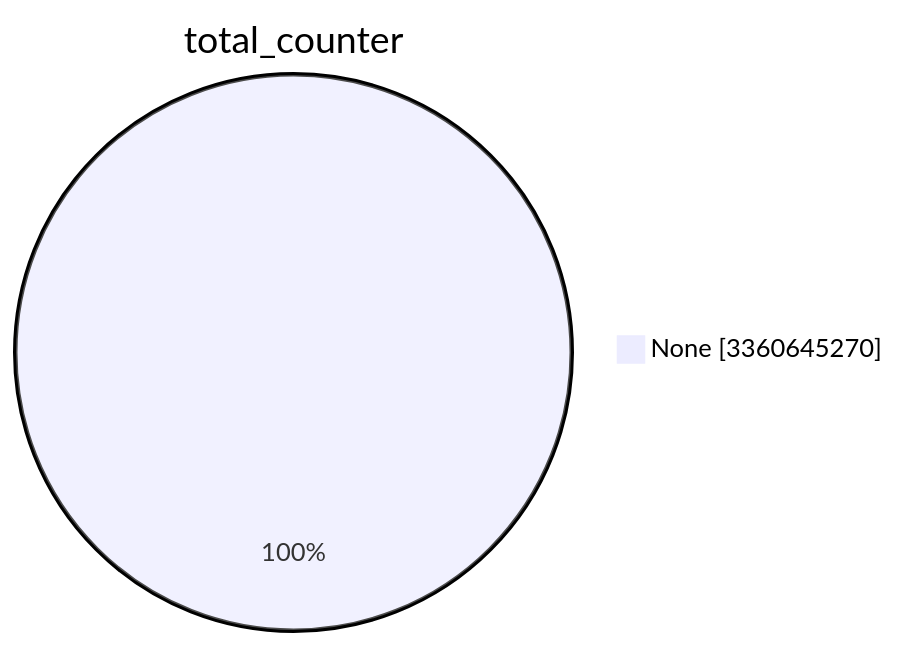
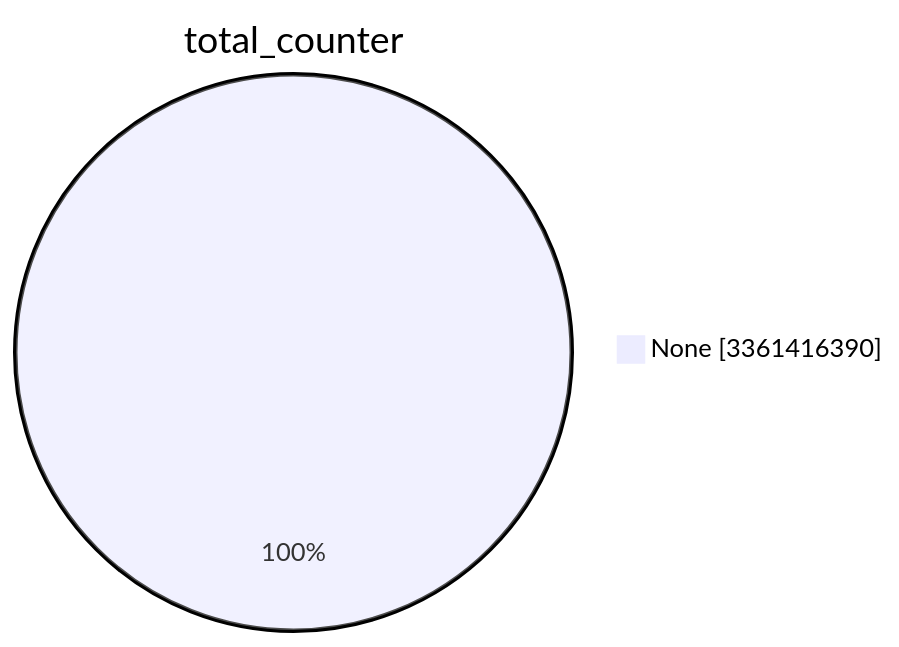
Before and after one commit to christiankrug/ctmonitor_visualization: the first of 15 diagrams in TOTAL/README.md, drawn with Mermaid. The commit also changed other lines of this file, not shown here.

````diff
--- a/TOTAL/README.md
+++ b/TOTAL/README.md
@@ -1,5 +1,5 @@
 ```mermaid
 pie showData
 title total_counter
-"None" :3360645270
+"None" :3361416390
 ```
````
